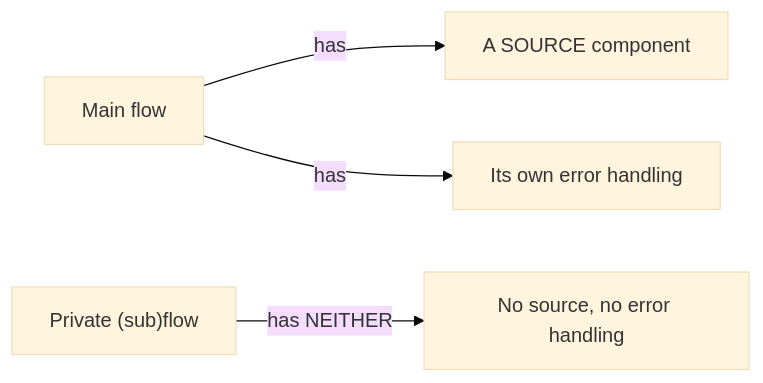
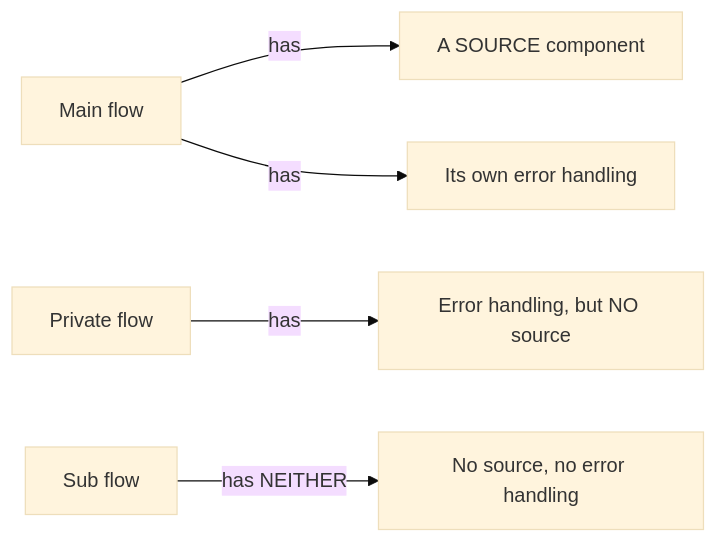
One commit to developerashok99/green-c-mule-notes changed the ninth of 10 diagrams in detailed-notes/day26.md. Above: the diagram before and after it, drawn with Mermaid (base theme). The commit also changed other lines of this file and 1 other file, not shown here.

````diff
--- a/detailed-notes/day26.md
+++ b/detailed-notes/day26.md
@@ -116,6 +129,7 @@
 ```mermaid
 flowchart LR
     Main["Main flow"] -->|has| Source["A SOURCE component"]
     Main -->|has| ErrH["Its own error handling"]
-    Private["Private (sub)flow"] -->|has NEITHER| NoSource["No source, no error handling"]
+    Private["Private flow"] -->|has| PErr["Error handling, but NO source"]
+    Sub["Sub flow"] -->|has NEITHER| NoSource["No source, no error handling"]
 ```
````
